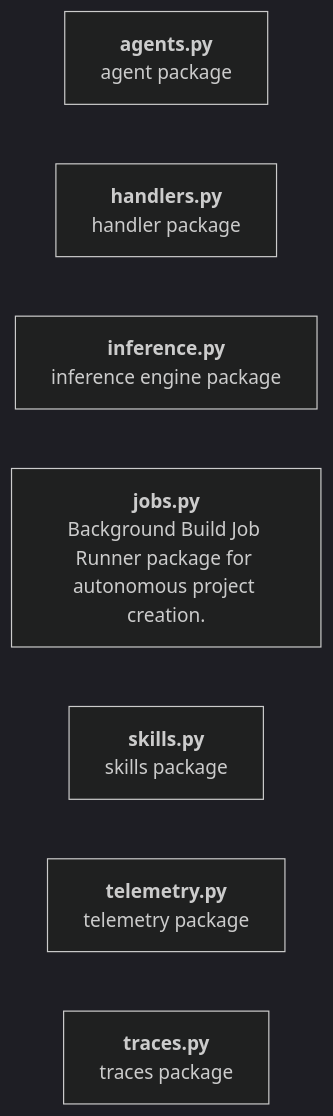
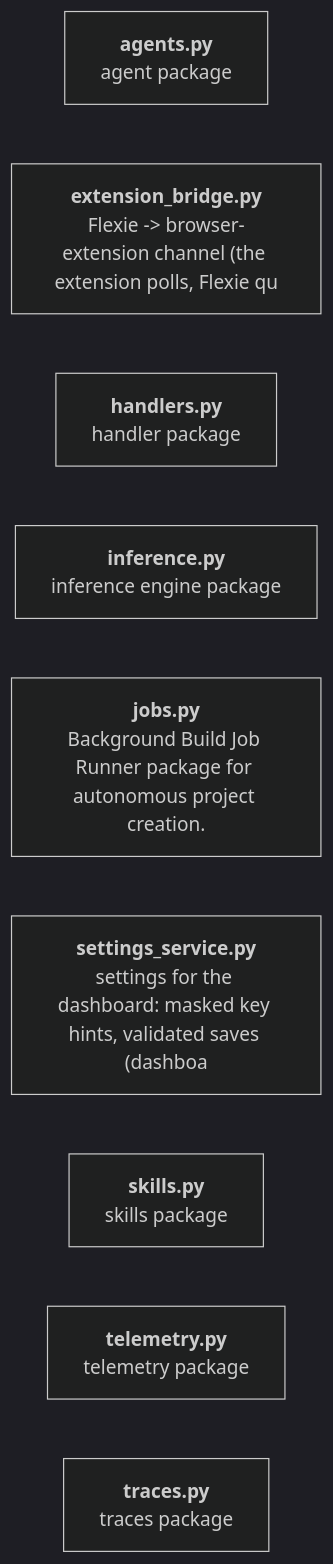
One commit to DhanushN2005/Agentic-AI-Desktop-Assistant- changed diagram 21 of 41 in docs/ARCHITECTURE.md. Above: the diagram before and after it, drawn with Mermaid (dark theme). The commit also changed other lines of this file and 61 other files, not shown here.

````diff
--- a/docs/ARCHITECTURE.md
+++ b/docs/ARCHITECTURE.md
@@ -616,10 +616,12 @@
 ```mermaid
 flowchart LR
     n_core_agents["<b>agents.py</b><br/>agent package"]
+    n_core_extension_bridge["<b>extension_bridge.py</b><br/>Flexie -&gt; browser-extension channel (the extension polls, Flexie qu"]
     n_core_handlers["<b>handlers.py</b><br/>handler package"]
     n_core_inference["<b>inference.py</b><br/>inference engine package"]
     n_core_jobs["<b>jobs.py</b><br/>Background Build Job Runner package for autonomous project creation."]
+    n_core_settings_service["<b>settings_service.py</b><br/>settings for the dashboard: masked key hints, validated saves (dashboa"]
     n_core_skills["<b>skills.py</b><br/>skills package"]
     n_core_telemetry["<b>telemetry.py</b><br/>telemetry package"]
     n_core_traces["<b>traces.py</b><br/>traces package"]
 ```
````
